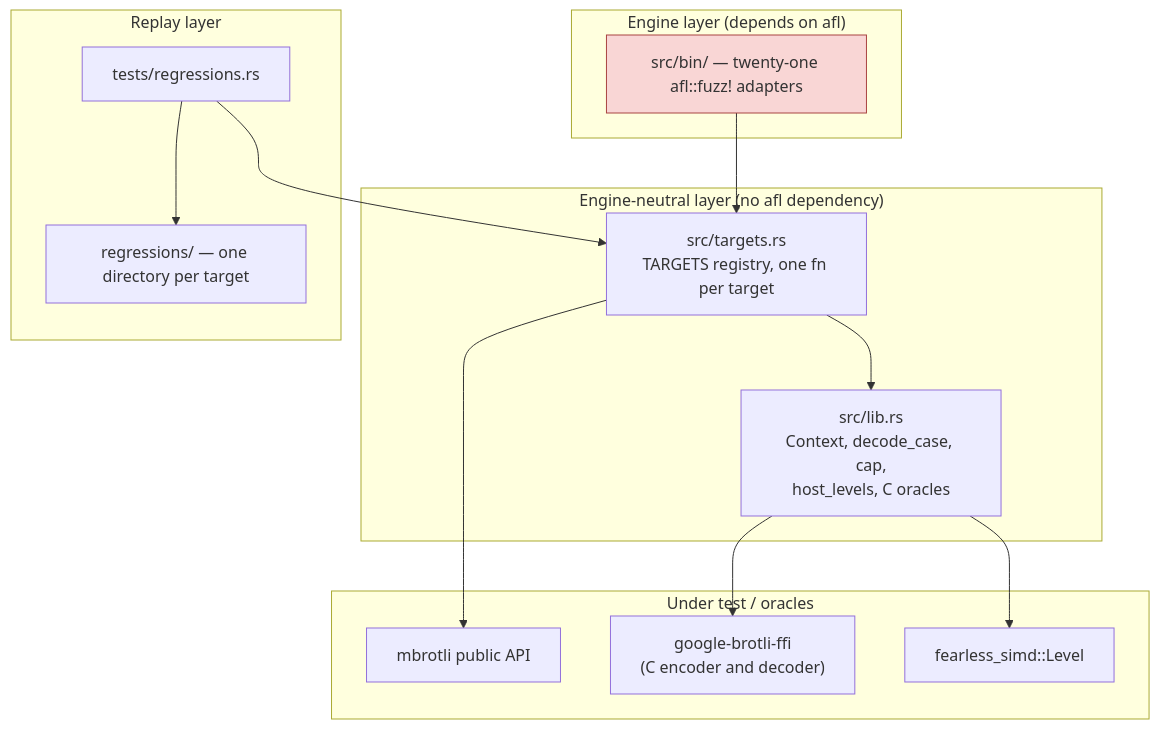
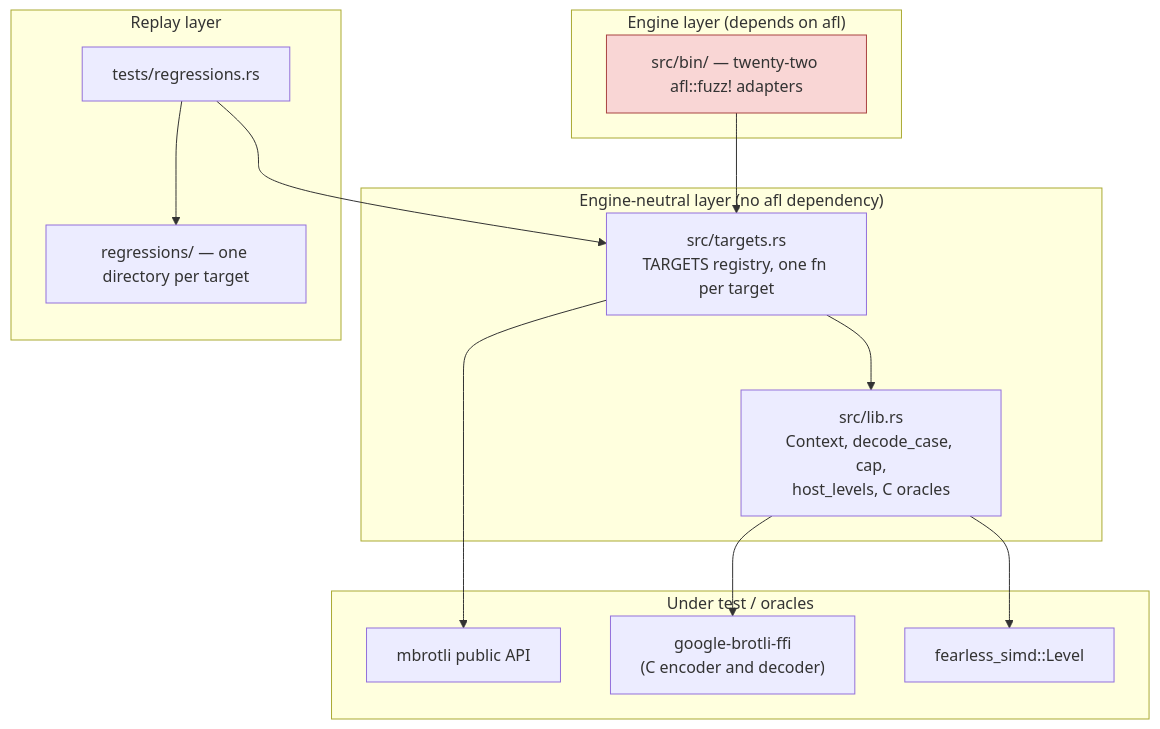
The first of 4 diagrams in architecture/fuzzing.md (Mnwa/mbrotli), drawn with Mermaid before and after one commit. The commit also changed other lines of this file and 52 other files, not shown here.

````diff
--- a/architecture/fuzzing.md
+++ b/architecture/fuzzing.md
@@ -20,33 +20,33 @@
 ```mermaid
 graph TD
     subgraph engine["Engine layer (depends on afl)"]
-        bins["src/bin/ — twenty-one afl::fuzz! adapters"]
+        bins["src/bin/ — twenty-two afl::fuzz! adapters"]
     end
 
     subgraph neutral["Engine-neutral layer (no afl dependency)"]
         targets["src/targets.rs<br/>TARGETS registry, one fn per target"]
         lib["src/lib.rs<br/>Context, decode_case, cap,<br/>host_levels, C oracles"]
     end
 
     subgraph replay["Replay layer"]
         regtest["tests/regressions.rs"]
         corpus["regressions/ — one directory per target"]
     end
 
     subgraph under["Under test / oracles"]
         mbrotli["mbrotli public API"]
         ffi["google-brotli-ffi<br/>(C encoder and decoder)"]
         simd["fearless_simd::Level"]
     end
 
     bins --> targets
     regtest --> targets
     regtest --> corpus
     targets --> lib
     targets --> mbrotli
     lib --> ffi
     lib --> simd
 
     classDef engineNode fill:#f9d6d5,stroke:#a94442;
     class bins engineNode;
 ```
````
